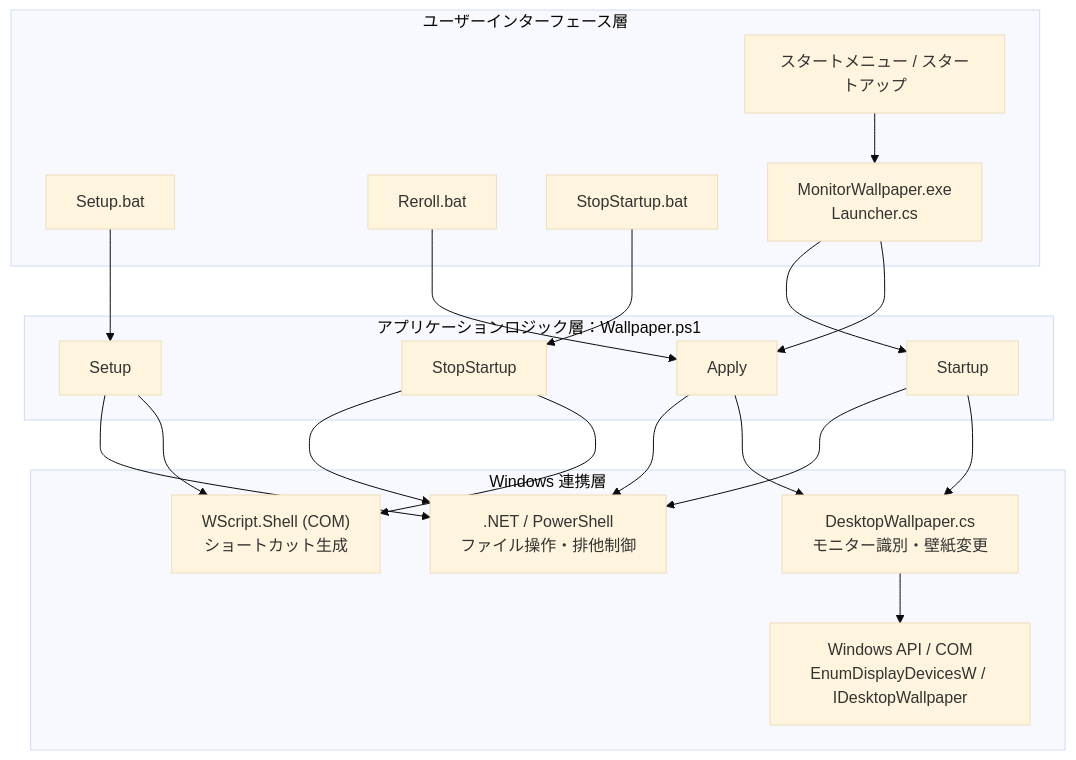
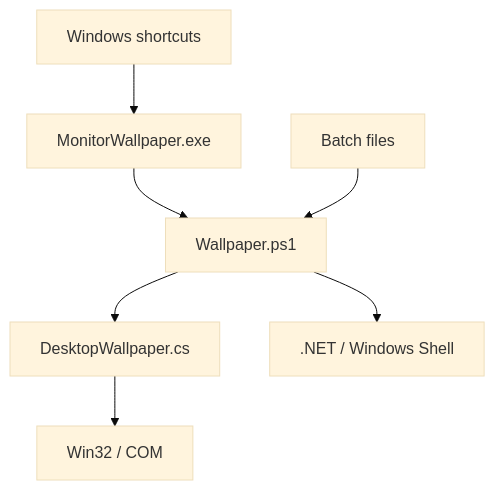
Before and after one commit to Futa0104/my-tools: the first of 4 diagrams in monitor-wallpaper/アーキテクチャ.md, drawn with Mermaid (base theme). The commit also changed other lines of this file, not shown here.

Commit message:
docs: clarify English runtime and C# build architecture

````diff
--- a/monitor-wallpaper/アーキテクチャ.md
+++ b/monitor-wallpaper/アーキテクチャ.md
@@ -7,41 +7,17 @@
 ```mermaid
 flowchart TD
-    subgraph UI["ユーザーインターフェース層"]
-        SETUP["Setup.bat"]
-        REROLL["Reroll.bat"]
-        STOP["StopStartup.bat"]
-        SHORTCUT["スタートメニュー / スタートアップ"]
-        LAUNCHER["MonitorWallpaper.exe<br/>Launcher.cs"]
-        SHORTCUT --> LAUNCHER
-    end
+    BAT["Batch files"]
+    LINK["Windows shortcuts"]
+    EXE["MonitorWallpaper.exe"]
+    PS["Wallpaper.ps1"]
+    CS["DesktopWallpaper.cs"]
+    API["Win32 / COM"]
+    OS[".NET / Windows Shell"]
 
-    subgraph LOGIC["アプリケーションロジック層：Wallpaper.ps1"]
-        A_SETUP["Setup"]
-        A_APPLY["Apply"]
-        A_STARTUP["Startup"]
-        A_STOP["StopStartup"]
-    end
-
-    subgraph WIN["Windows 連携層"]
-        DESKTOP["DesktopWallpaper.cs<br/>モニター識別・壁紙変更"]
-        API["Windows API / COM<br/>EnumDisplayDevicesW / IDesktopWallpaper"]
-        SHELL["WScript.Shell (COM)<br/>ショートカット生成"]
-        DOTNET[".NET / PowerShell<br/>ファイル操作・排他制御"]
-        DESKTOP --> API
-    end
-
-    SETUP --> A_SETUP
-    REROLL --> A_APPLY
-    STOP --> A_STOP
-    LAUNCHER --> A_APPLY
-    LAUNCHER --> A_STARTUP
-
-    A_SETUP --> SHELL
-    A_SETUP --> DOTNET
-    A_APPLY --> DESKTOP
-    A_STARTUP --> DESKTOP
-    A_APPLY --> DOTNET
-    A_STARTUP --> DOTNET
-    A_STOP --> SHELL
-    A_STOP --> DOTNET
+    LINK --> EXE
+    EXE --> PS
+    BAT --> PS
+    PS --> CS
+    CS --> API
+    PS --> OS
 ```
````
